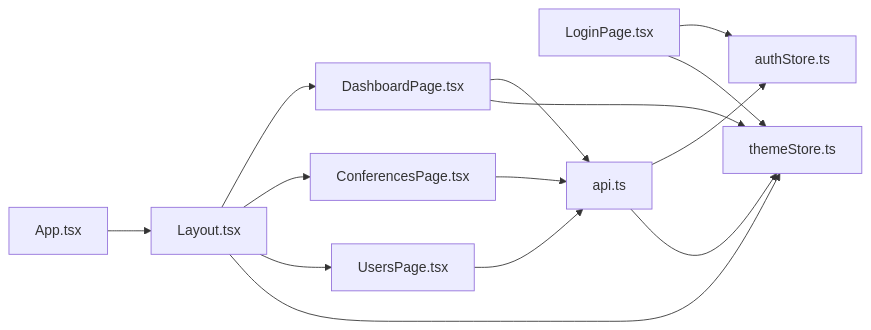
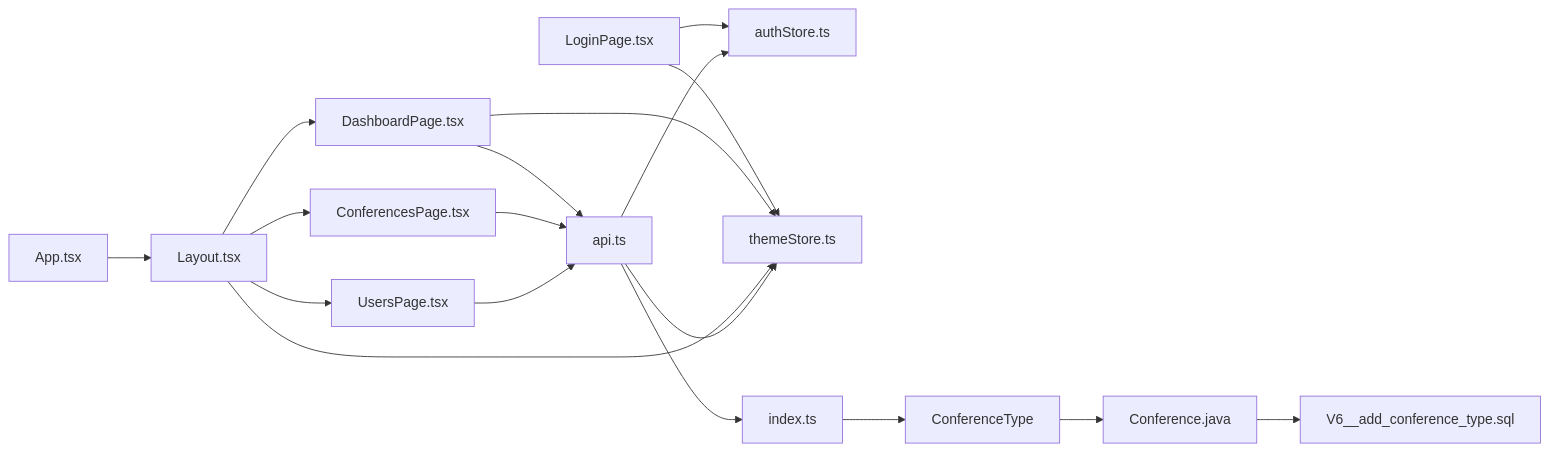
The third of 3 diagrams in .qoder/repowiki/en/content/Frontend Application/Pages and Components.md (Vostrikov2014/vks-qoder), drawn with Mermaid before and after one commit. The commit also changed other lines of this file and 15 other files, not shown here.

````diff
--- a/.qoder/repowiki/en/content/Frontend Application/Pages and Components.md
+++ b/.qoder/repowiki/en/content/Frontend Application/Pages and Components.md
@@ -448,16 +515,20 @@
 ```mermaid
 graph LR
 App["App.tsx"] --> Layout["Layout.tsx"]
 Layout --> Dashboard["DashboardPage.tsx"]
 Layout --> Conferences["ConferencesPage.tsx"]
 Layout --> Users["UsersPage.tsx"]
 LoginPage["LoginPage.tsx"] --> AuthStore["authStore.ts"]
 LoginPage --> ThemeStore["themeStore.ts"]
 Dashboard --> API["api.ts"]
 Conferences --> API
 Users --> API
 Dashboard --> ThemeStore
 Layout --> ThemeStore
 API --> AuthStore
 API --> ThemeStore
+API --> Types["index.ts"]
+Types --> ConferenceType["ConferenceType"]
+ConferenceType --> DomainModel["Conference.java"]
+DomainModel --> DBMigration["V6__add_conference_type.sql"]
 ```
````
